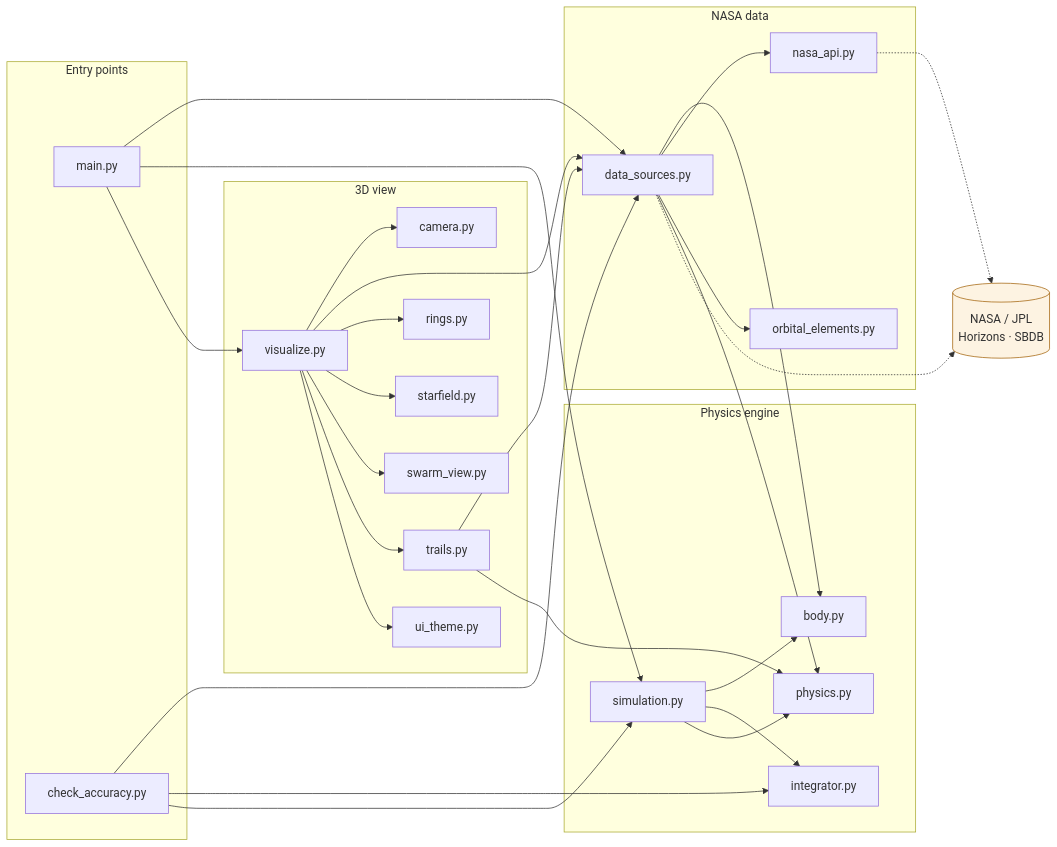
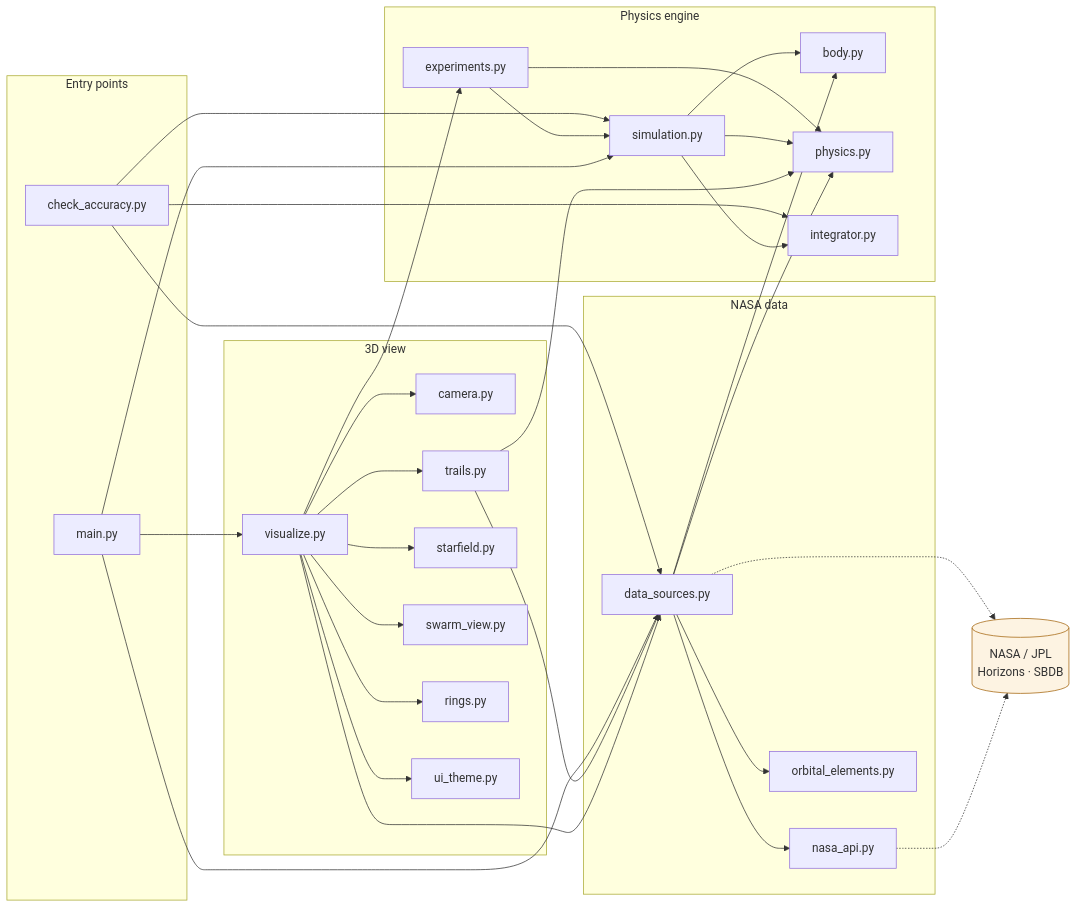
The second of 2 diagrams in README.md (UM00/Solar_System_Simulator), drawn with Mermaid before and after one commit. The commit also changed other lines of this file and 10 other files, not shown here.

````diff
--- a/README.md
+++ b/README.md
@@ -69,54 +70,58 @@
 ```mermaid
 flowchart LR
     NASA[("NASA / JPL<br/>Horizons · SBDB")]
     subgraph layer_Entry_points["Entry points"]
         main["main.py"]
         check_accuracy["check_accuracy.py"]
     end
     subgraph layer_NASA_data["NASA data"]
         nasa_api["nasa_api.py"]
         data_sources["data_sources.py"]
         orbital_elements["orbital_elements.py"]
     end
     subgraph layer_Physics_engine["Physics engine"]
         body["body.py"]
         physics["physics.py"]
         integrator["integrator.py"]
         simulation["simulation.py"]
+        experiments["experiments.py"]
     end
     subgraph layer_3D_view["3D view"]
         visualize["visualize.py"]
         camera["camera.py"]
         trails["trails.py"]
         starfield["starfield.py"]
         swarm_view["swarm_view.py"]
         rings["rings.py"]
         ui_theme["ui_theme.py"]
     end
     check_accuracy --> data_sources
     check_accuracy --> integrator
     check_accuracy --> simulation
     data_sources --> body
     data_sources --> nasa_api
     data_sources --> orbital_elements
     data_sources --> physics
     data_sources -.-> NASA
+    experiments --> physics
+    experiments --> simulation
     main --> data_sources
     main --> simulation
     main --> visualize
     nasa_api -.-> NASA
     simulation --> body
     simulation --> integrator
     simulation --> physics
     trails --> data_sources
     trails --> physics
     visualize --> camera
     visualize --> data_sources
+    visualize --> experiments
     visualize --> rings
     visualize --> starfield
     visualize --> swarm_view
     visualize --> trails
     visualize --> ui_theme
     classDef nasa fill:#fdf3e2,stroke:#a3640b
     class NASA nasa
 ```
````
